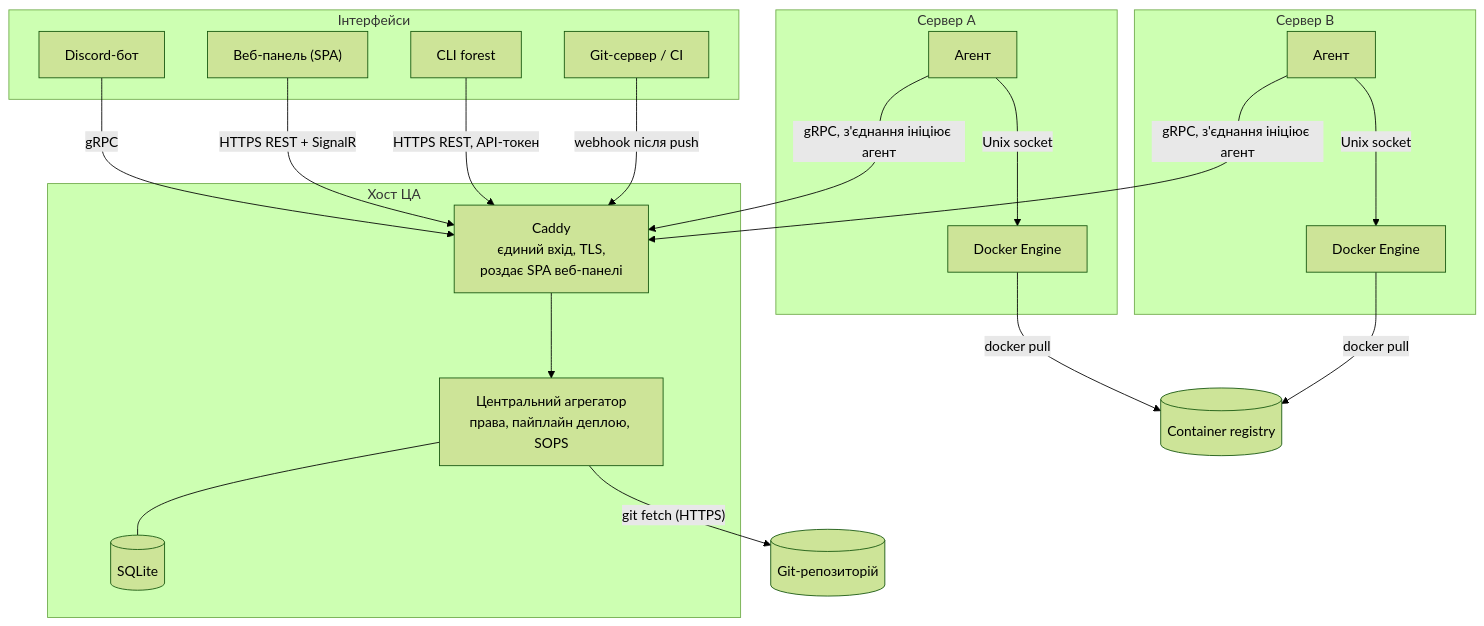
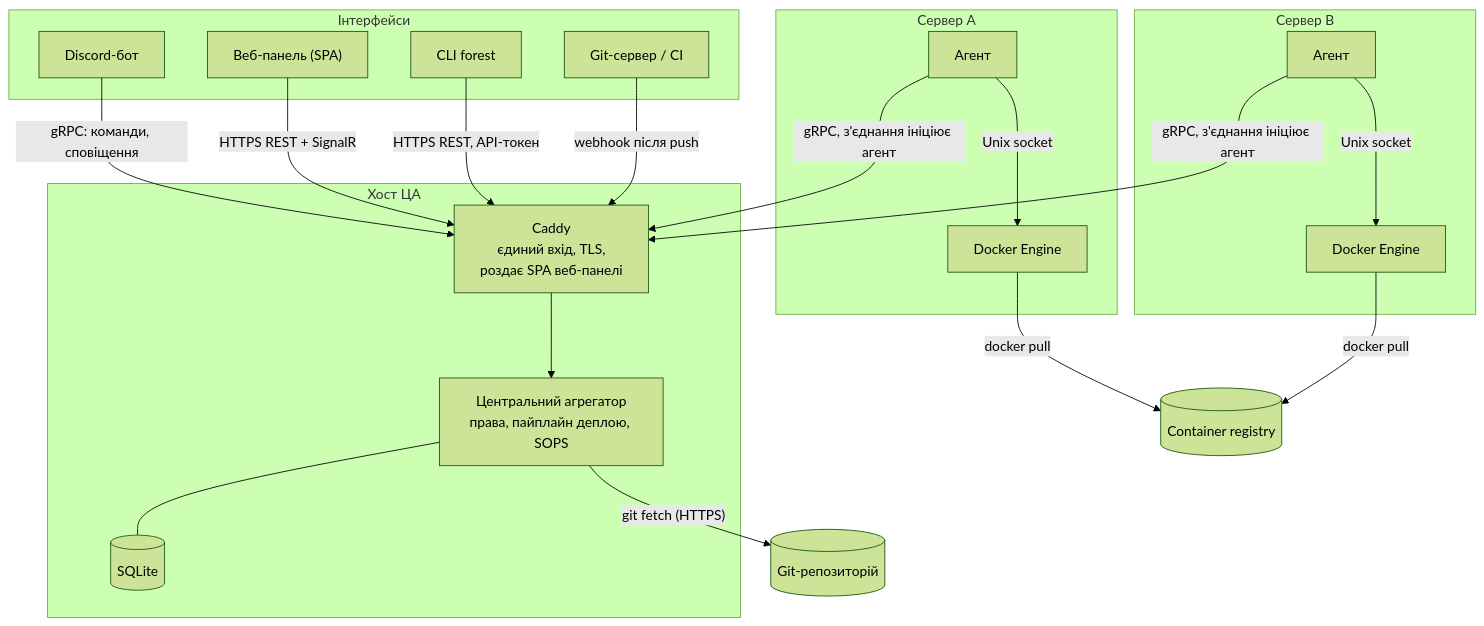
One commit to container-forest/container-forest-course changed the first of 2 diagrams in docs/project-overview.md. Above: the diagram before and after it, drawn with Mermaid (forest theme).

Commit message:
docs: refine architecture diagrams and add deployment sequence
Show that the agent writes stack files and Docker mounts them, what
travels over the agent stream, the bot's notification stream and the
Discord OAuth2 connection. Add a sequence diagram of a deployment with
SOPS decryption and rehydrate after a host reboot.

Claude-Session: https://claude.ai/code/session_01DovwCNenAuX2Dt3bv4TSVF

````diff
--- a/docs/project-overview.md
+++ b/docs/project-overview.md
@@ -88,31 +88,31 @@
 ```mermaid
 flowchart TB
   subgraph Clients["Інтерфейси"]
     Bot["Discord-бот"]
     UI["Веб-панель (SPA)"]
     Cli["CLI forest"]
     Hooks["Git-сервер / CI"]
   end
   subgraph EnvB["Сервер B"]
     EA2["Агент"] -->|"Unix socket"| D2["Docker Engine"]
   end
   subgraph EnvA["Сервер A"]
     EA1["Агент"] -->|"Unix socket"| D1["Docker Engine"]
   end
   subgraph Host["Хост ЦА"]
     Caddy["Caddy<br/>єдиний вхід, TLS,<br/>роздає SPA веб-панелі"] --> CA["Центральний агрегатор<br/>права, пайплайн деплою, SOPS"]
     CA --- DB[("SQLite")]
   end
   Git[("Git-репозиторій")]
   Reg[("Container registry")]
 
-  Bot -->|"gRPC"| Caddy
+  Bot -->|"gRPC: команди, сповіщення"| Caddy
   UI -->|"HTTPS REST + SignalR"| Caddy
   Cli -->|"HTTPS REST, API-токен"| Caddy
   Hooks -->|"webhook після push"| Caddy
   EA1 -->|"gRPC, з'єднання ініціює агент"| Caddy
   EA2 -->|"gRPC, з'єднання ініціює агент"| Caddy
   CA -->|"git fetch (HTTPS)"| Git
   D1 -->|"docker pull"| Reg
   D2 -->|"docker pull"| Reg
 ```
````
